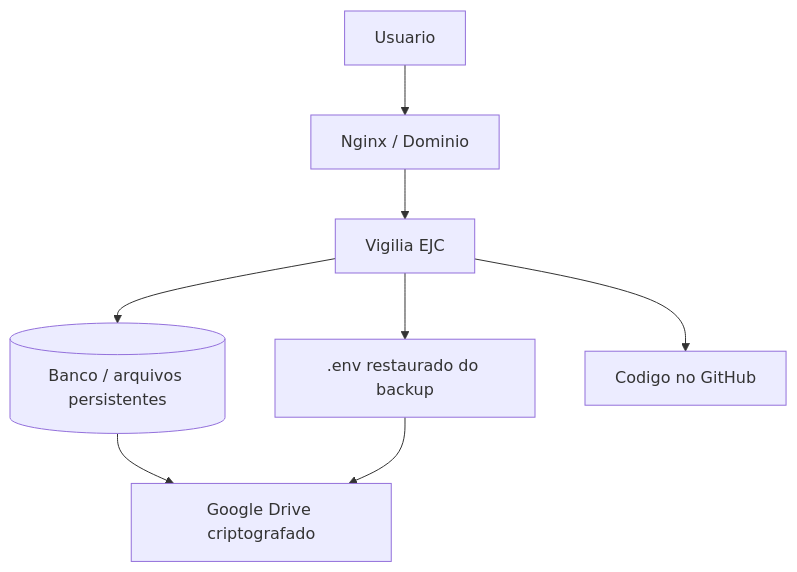
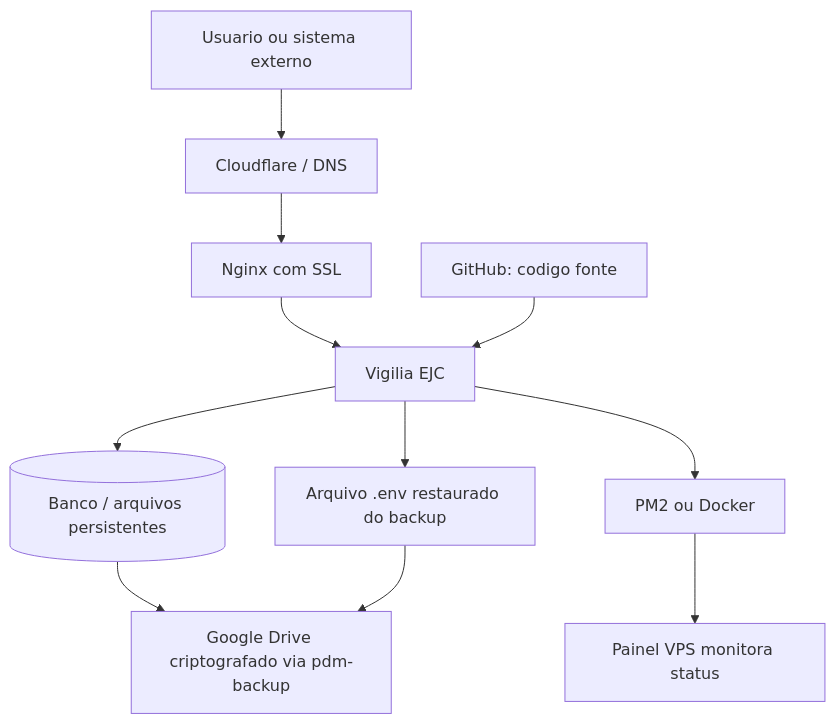
The diagram in FLUXO.md (victormarconi/vigilia-ejc), drawn with Mermaid before and after one commit. The commit also changed other lines of this file, not shown here.

Commit message:
docs: detalhar fluxograma

````diff
--- a/FLUXO.md
+++ b/FLUXO.md
@@ -3,10 +3,13 @@
 ```mermaid
 flowchart TD
-  U[Usuario] --> N[Nginx / Dominio]
-  N --> A[Vigilia EJC]
-  A --> ENV[.env restaurado do backup]
-  A --> DB[(Banco / arquivos persistentes)]
-  DB --> GD[Google Drive criptografado]
-  ENV --> GD
-  A --> GH[Codigo no GitHub]
+  U[Usuario ou sistema externo] --> DNS[Cloudflare / DNS]
+  DNS --> NG[Nginx com SSL]
+  NG --> APP[Vigilia EJC]
+  APP --> ENV[Arquivo .env restaurado do backup]
+  APP --> DATA[(Banco / arquivos persistentes)]
+  APP --> PROC[PM2 ou Docker]
+  DATA --> BACKUP[Google Drive criptografado via pdm-backup]
+  ENV --> BACKUP
+  PROC --> MON[Painel VPS monitora status]
+  GH[GitHub: codigo fonte] --> APP
 ```
````
